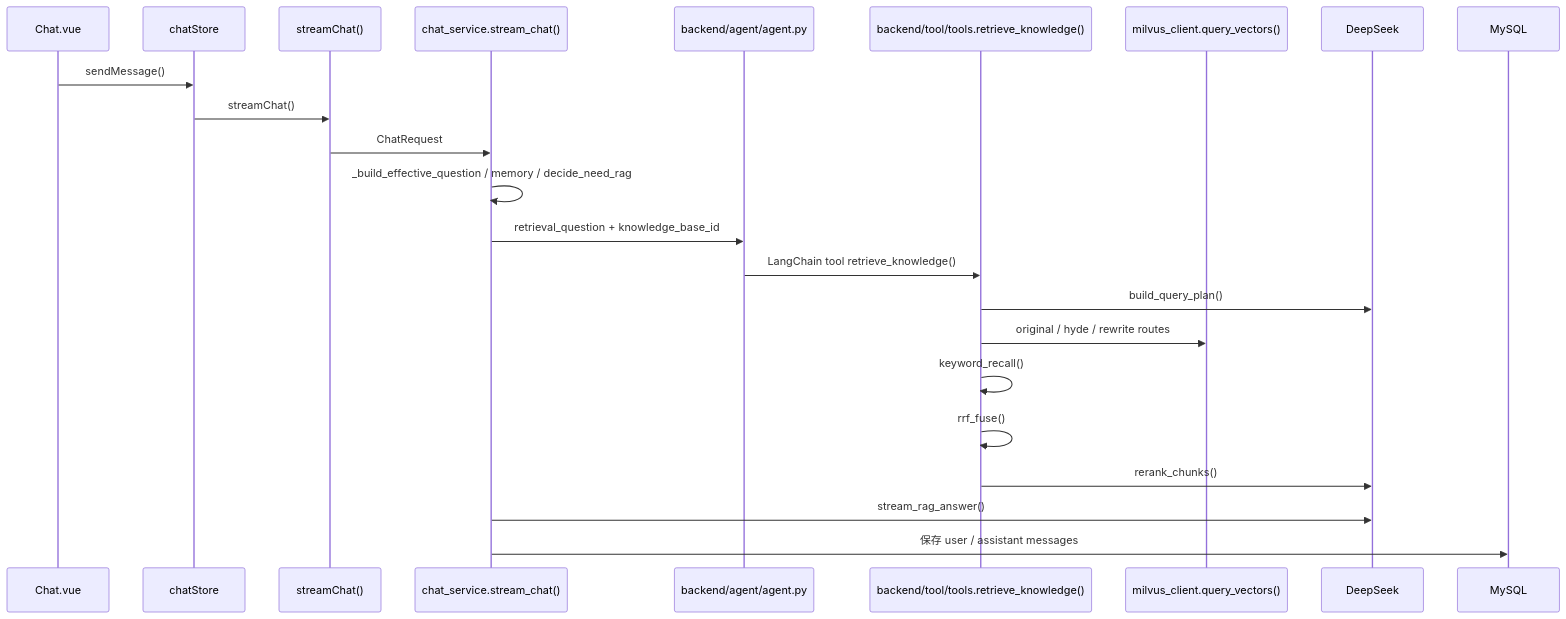
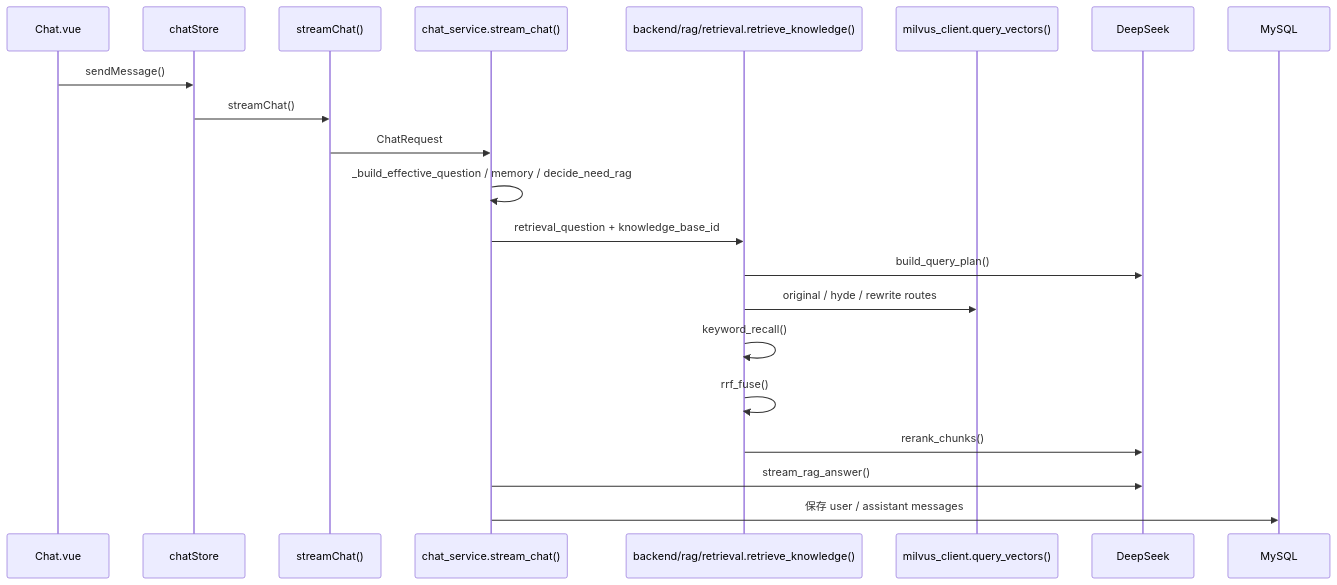
One commit to baiye-banned/Agent_about_answer changed the eighth of 10 diagrams in docs/PROJECT_CODE_READING_ROADMAP.md. Above: the diagram before and after it, drawn with Mermaid. The commit also changed other lines of this file and 22 other files, not shown here.

Commit message:
Simplify RAG retrieval pipeline

````diff
--- a/docs/PROJECT_CODE_READING_ROADMAP.md
+++ b/docs/PROJECT_CODE_READING_ROADMAP.md
@@ -496,26 +481,24 @@
 ```mermaid
 sequenceDiagram
   participant C as Chat.vue
   participant Store as chatStore
   participant API as streamChat()
   participant B as chat_service.stream_chat()
-  participant A as backend/agent/agent.py
-  participant R as backend/tool/tools.retrieve_knowledge()
+  participant R as backend/rag/retrieval.retrieve_knowledge()
   participant V as milvus_client.query_vectors()
   participant L as DeepSeek
   participant DB as MySQL
 
   C->>Store: sendMessage()
   Store->>API: streamChat()
   API->>B: ChatRequest
   B->>B: _build_effective_question / memory / decide_need_rag
-  B->>A: retrieval_question + knowledge_base_id
-  A->>R: LangChain tool retrieve_knowledge()
+  B->>R: retrieval_question + knowledge_base_id
   R->>L: build_query_plan()
   R->>V: original / hyde / rewrite routes
   R->>R: keyword_recall()
   R->>R: rrf_fuse()
   R->>L: rerank_chunks()
   B->>L: stream_rag_answer()
   B->>DB: 保存 user / assistant messages
 ```
````
